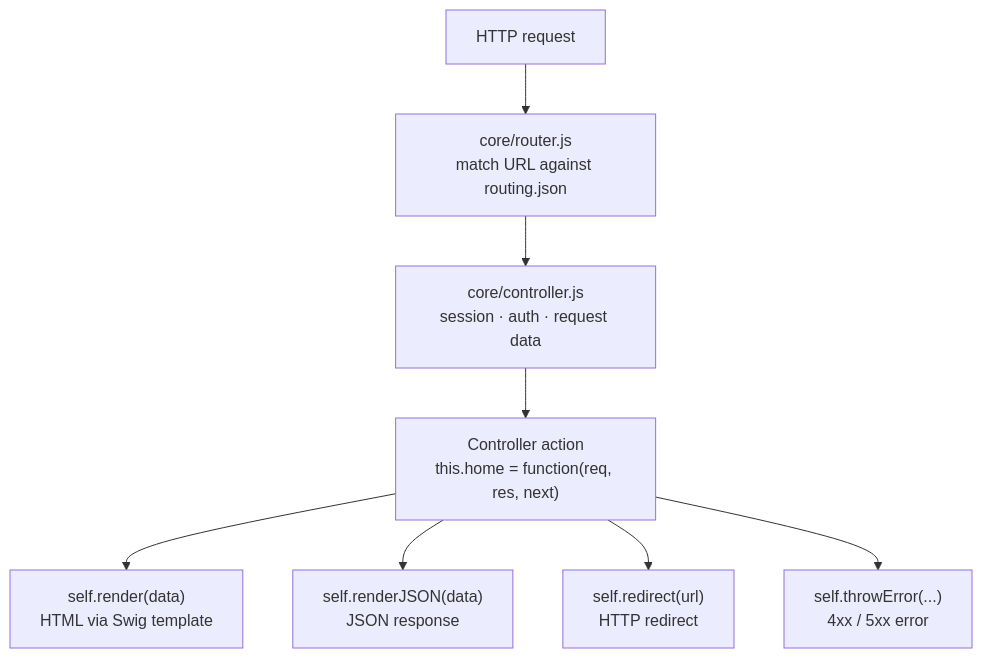
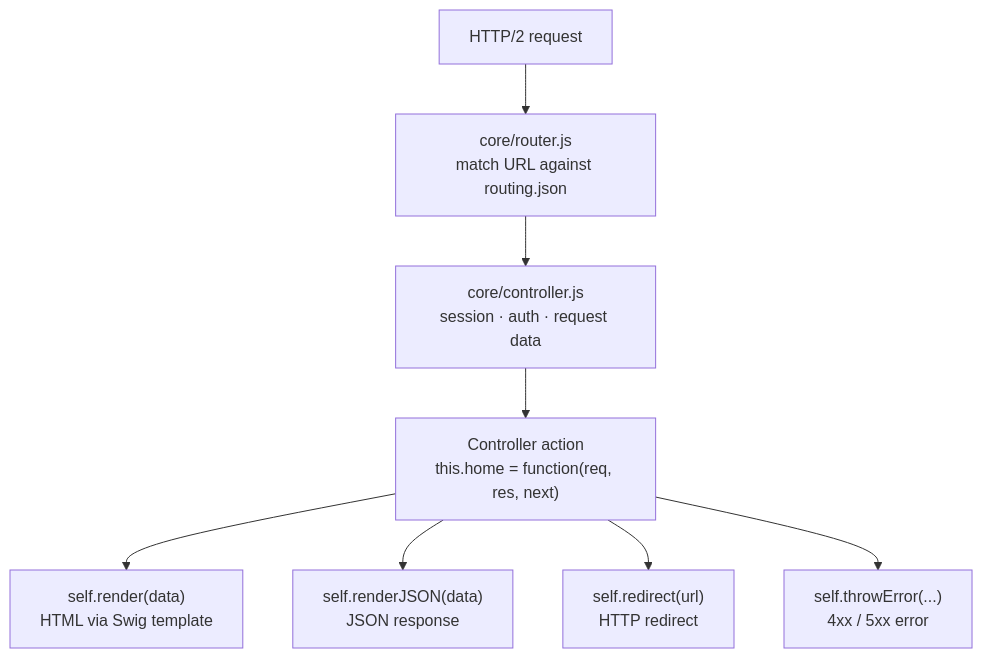
Before and after one commit to gina-io/docs: the fourth of 5 diagrams in docs/concepts/architecture.md, drawn with Mermaid. The commit also changed other lines of this file and 49 other files, not shown here.

````diff
--- a/docs/concepts/architecture.md
+++ b/docs/concepts/architecture.md
@@ -88,10 +92,10 @@
 ```mermaid
 flowchart TD
-    REQ["HTTP request"] --> ROUTER["core/router.js<br/>match URL against routing.json"]
+    REQ["HTTP/2 request"] --> ROUTER["core/router.js<br/>match URL against routing.json"]
     ROUTER --> CTRL["core/controller.js<br/>session · auth · request data"]
     CTRL --> ACTION["Controller action<br/>this.home = function(req, res, next)"]
     ACTION --> HTML["self.render(data)<br/>HTML via Swig template"]
     ACTION --> JSON["self.renderJSON(data)<br/>JSON response"]
     ACTION --> REDIR["self.redirect(url)<br/>HTTP redirect"]
     ACTION --> ERR["self.throwError(...)<br/>4xx / 5xx error"]
 ```
````
